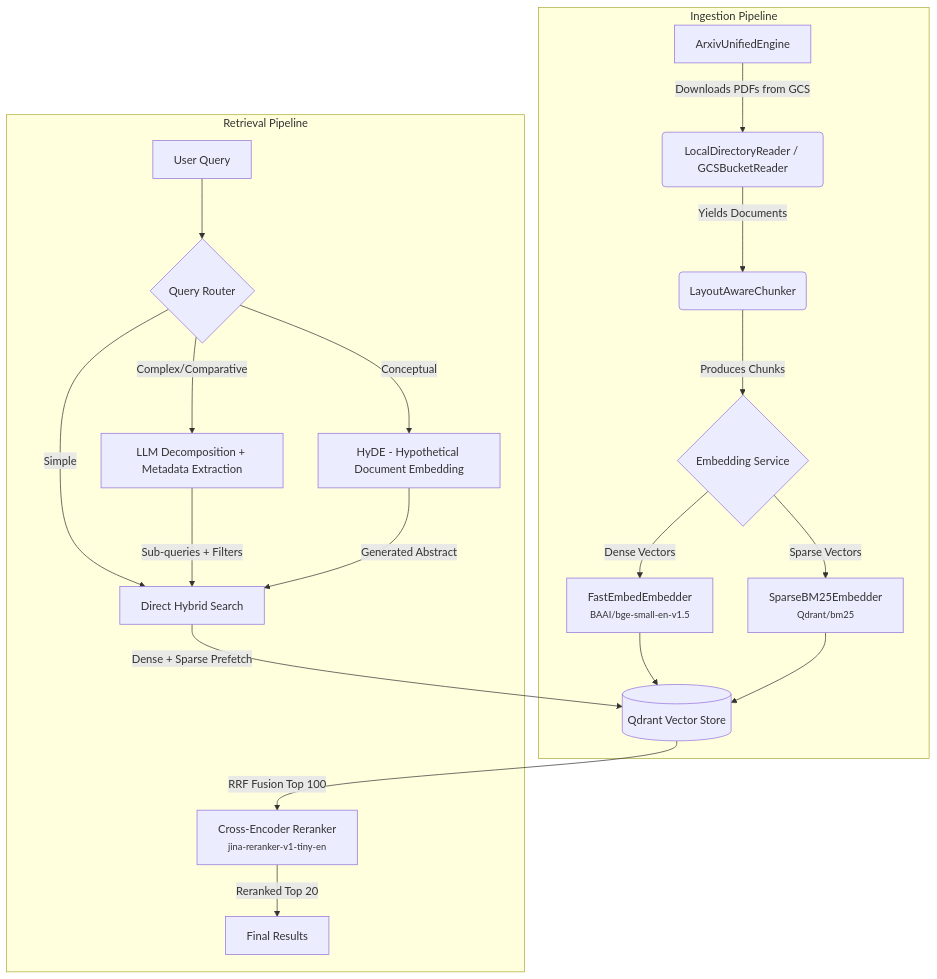
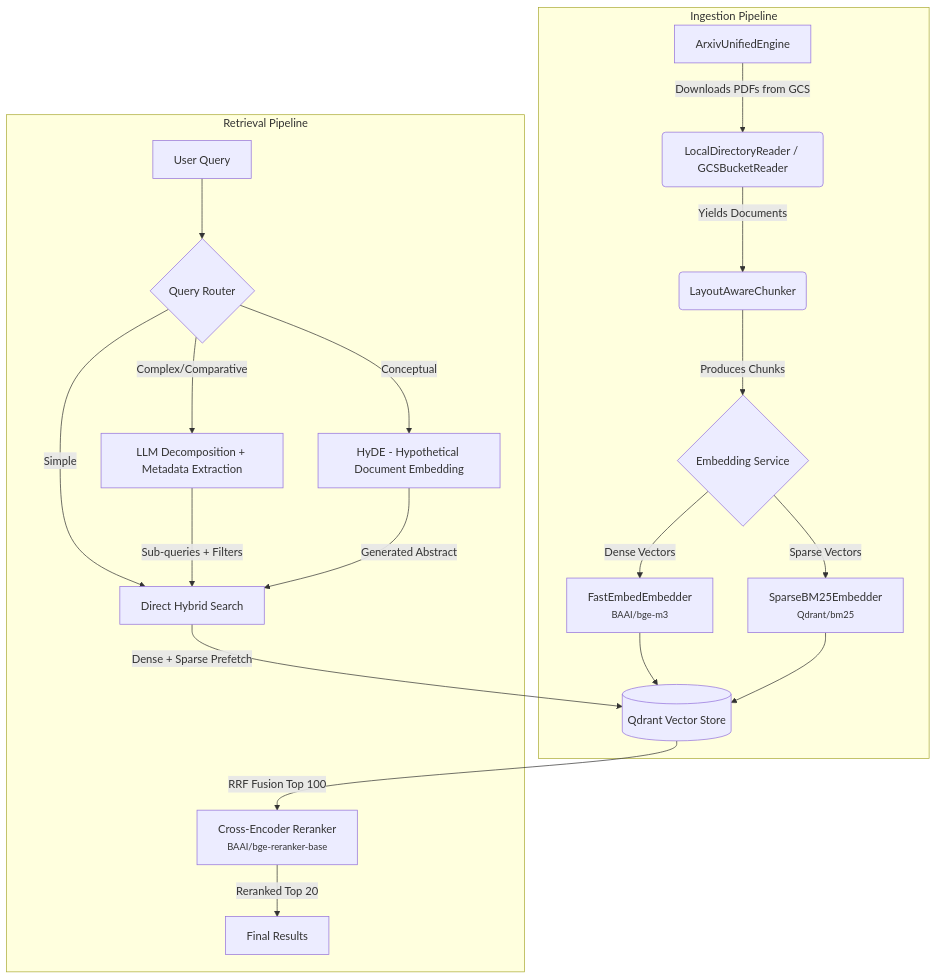
The diagram in README.md (Ethereal-Agents/arxiv-scholar), drawn with Mermaid before and after one commit. The commit also changed other lines of this file and 8 other files, not shown here.

````diff
--- a/README.md
+++ b/README.md
@@ -27,24 +27,24 @@
 ```mermaid
 flowchart TD
     subgraph Ingestion Pipeline
         A[ArxivUnifiedEngine] -->|Downloads PDFs from GCS| B(LocalDirectoryReader / GCSBucketReader)
         B -->|Yields Documents| C(LayoutAwareChunker)
         C -->|Produces Chunks| D{Embedding Service}
-        D -->|Dense Vectors| E[FastEmbedEmbedder<br/><small>BAAI/bge-small-en-v1.5</small>]
+        D -->|Dense Vectors| E[FastEmbedEmbedder<br/><small>BAAI/bge-m3</small>]
         D -->|Sparse Vectors| F[SparseBM25Embedder<br/><small>Qdrant/bm25</small>]
         E --> G[(Qdrant Vector Store)]
         F --> G
     end
 
     subgraph Retrieval Pipeline
         H[User Query] --> I{Query Router}
         I -->|Simple| J[Direct Hybrid Search]
         I -->|Complex/Comparative| K[LLM Decomposition + Metadata Extraction]
         I -->|Conceptual| L[HyDE - Hypothetical Document Embedding]
         K -->|Sub-queries + Filters| J
         L -->|Generated Abstract| J
         J -->|Dense + Sparse Prefetch| G
-        G -->|RRF Fusion Top 100| M[Cross-Encoder Reranker<br/><small>jina-reranker-v1-tiny-en</small>]
+        G -->|RRF Fusion Top 100| M[Cross-Encoder Reranker<br/><small>BAAI/bge-reranker-base</small>]
         M -->|Reranked Top 20| N[Final Results]
     end
 ```
````
